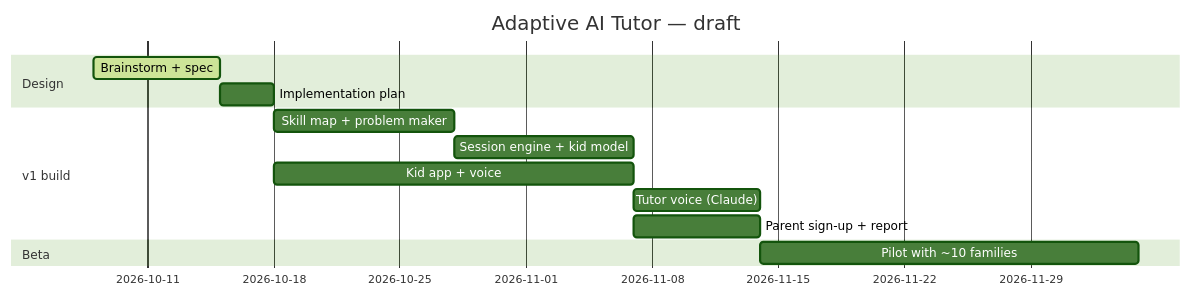
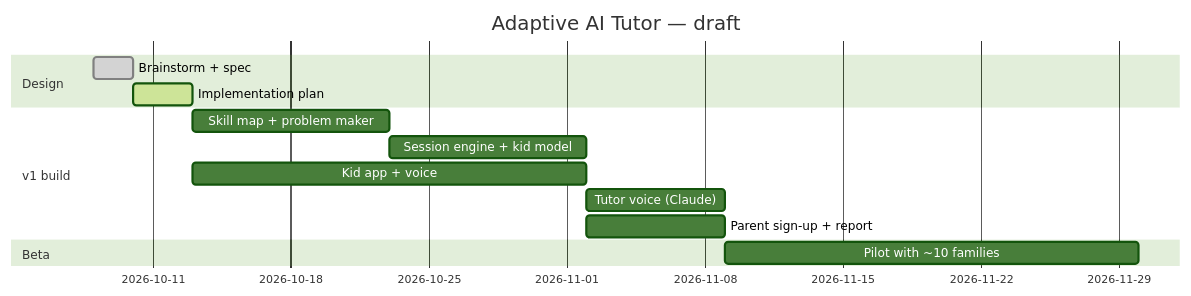
One commit to andrejovnarski/ai-tutor changed the diagram in vault/05 Roadmap/Roadmap.md. Above: the diagram before and after it, drawn with Mermaid (forest theme). The commit also changed 2 other files, not shown here.

Commit message:
docs: mark v1 spec approved

````diff
--- a/vault/05 Roadmap/Roadmap.md
+++ b/vault/05 Roadmap/Roadmap.md
@@ -9,16 +9,16 @@
 ```mermaid
 gantt
   title Adaptive AI Tutor — draft
   dateFormat YYYY-MM-DD
   section Design
-  Brainstorm + spec         :active, d1, 2026-10-08, 7d
-  Implementation plan       :d2, after d1, 3d
+  Brainstorm + spec         :done, d1, 2026-10-08, 2d
+  Implementation plan       :active, d2, after d1, 3d
   section v1 build
   Skill map + problem maker :b1, after d2, 10d
   Session engine + kid model:b2, after b1, 10d
   Kid app + voice           :b3, after d2, 20d
   Tutor voice (Claude)      :b4, after b2, 7d
   Parent sign-up + report   :b5, after b2, 7d
   section Beta
   Pilot with ~10 families   :p1, after b4, 21d
 ```
````
